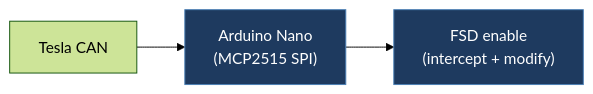
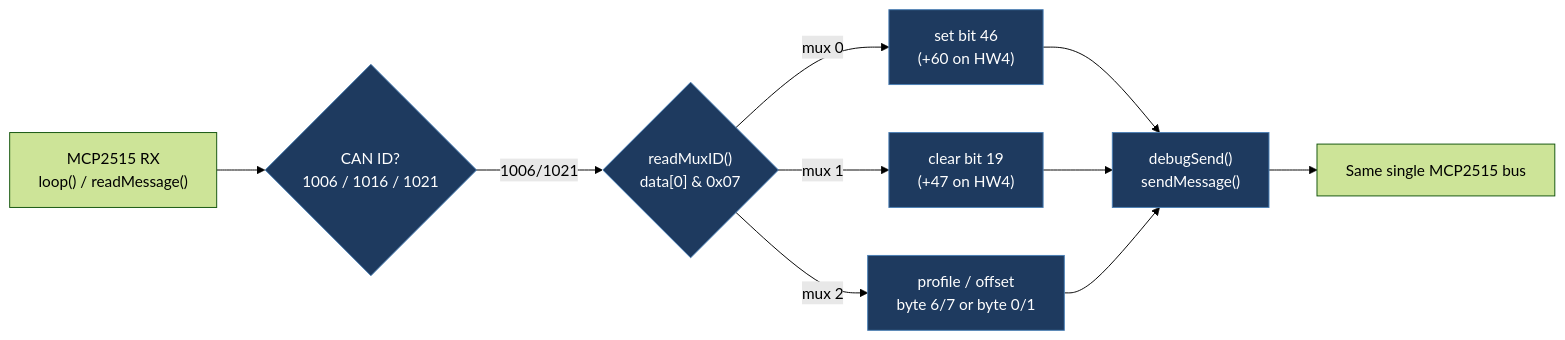
One commit to babico/TeslaCANModder changed the first of 2 diagrams in docs/legacy/linesoft2-tesla-fsd-can-mod-fork.md. Above: the diagram before and after it, drawn with Mermaid (forest theme). The commit also changed other lines of this file and 99 other files, not shown here.

````diff
--- a/docs/legacy/linesoft2-tesla-fsd-can-mod-fork.md
+++ b/docs/legacy/linesoft2-tesla-fsd-can-mod-fork.md
@@ -19,7 +64,14 @@
 ```mermaid
 flowchart LR
-    Car["Tesla CAN"] --> Nano["Arduino Nano<br/>(MCP2515 SPI)"]
-    Nano --> FSD["FSD enable<br/>(intercept + modify)"]
-    classDef path fill:#1e3a5f,stroke:#4a7fb5,color:#fff
-    class Nano,FSD path
+    RX["MCP2515 RX<br/>loop() / readMessage()"] --> ID{"CAN ID?<br/>1006 / 1016 / 1021"}
+    ID -->|1006/1021| MUX{"readMuxID()<br/>data[0] & 0x07"}
+    MUX -->|mux 0| FSD["set bit 46<br/>(+60 on HW4)"]
+    MUX -->|mux 1| NAG["clear bit 19<br/>(+47 on HW4)"]
+    MUX -->|mux 2| TUNE["profile / offset<br/>byte 6/7 or byte 0/1"]
+    FSD --> TX["debugSend()<br/>sendMessage()"]
+    NAG --> TX
+    TUNE --> TX
+    TX --> BUS["Same single MCP2515 bus"]
+    classDef proc fill:#1e3a5f,stroke:#4a7fb5,color:#fff
+    class ID,MUX,FSD,NAG,TUNE,TX proc
 ```
````
